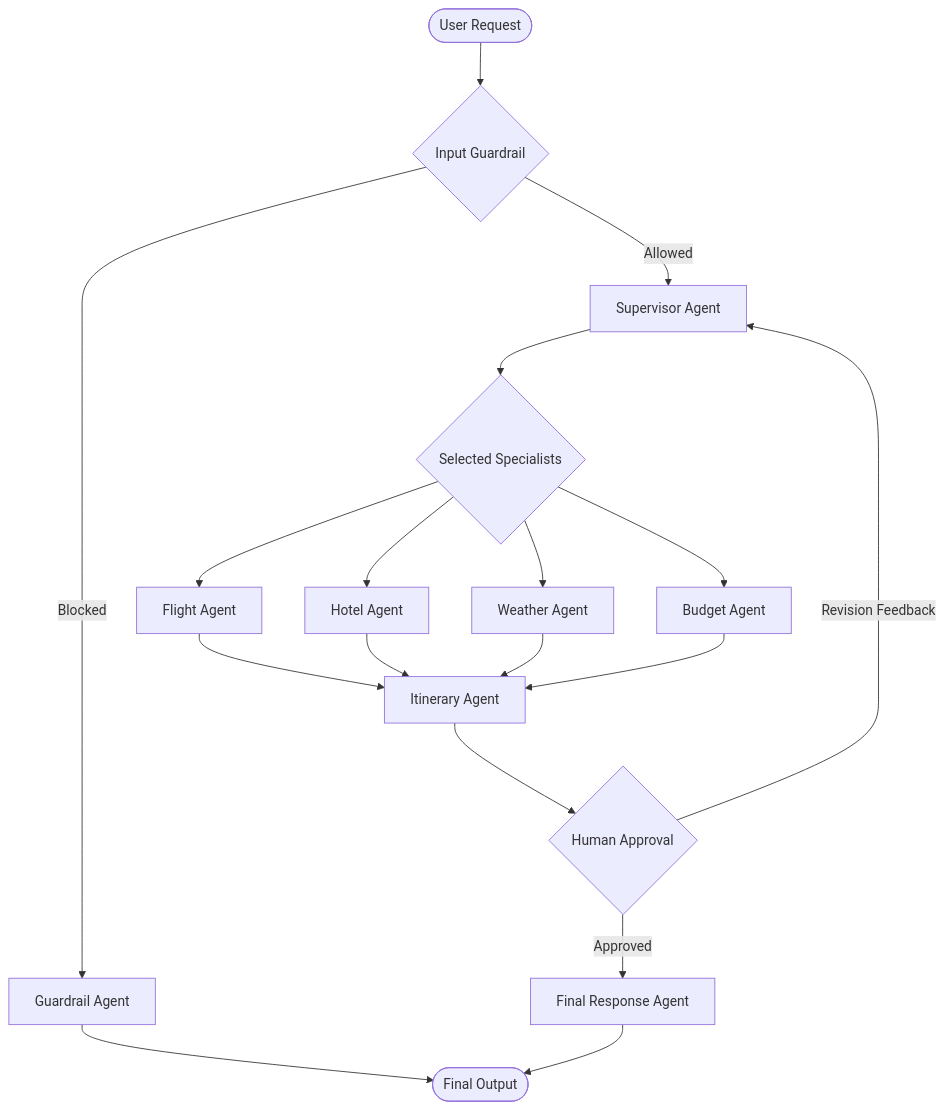
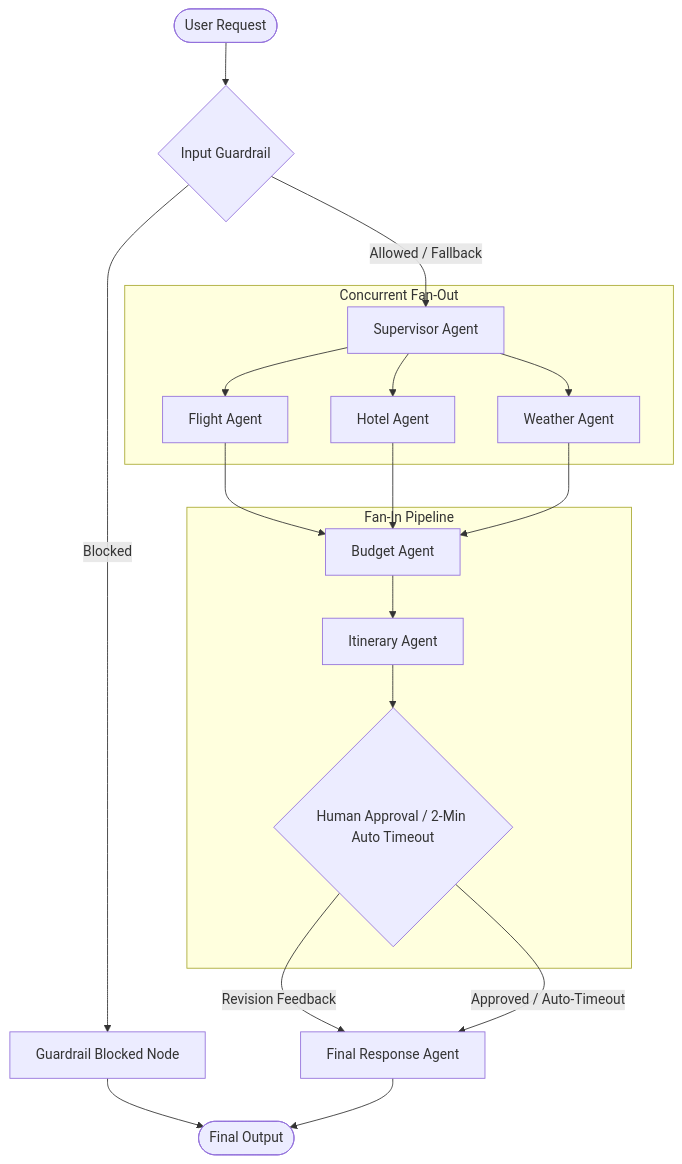
Before and after one commit to kartavyaverma/TripMate: the diagram in README.md, drawn with Mermaid. The commit also changed other lines of this file and 5 other files, not shown here.

````diff
--- a/README.md
+++ b/README.md
@@ -20,18 +21,21 @@
 ```mermaid
 graph TD
     User([User Request]) --> Guardrail{Input Guardrail}
-    Guardrail -- Blocked --> BlockedAgent[Guardrail Agent] --> FinalResponse([Final Output])
-    Guardrail -- Allowed --> Supervisor[Supervisor Agent]
+    Guardrail -- Blocked --> BlockedAgent[Guardrail Blocked Node] --> FinalResponse([Final Output])
+    Guardrail -- Allowed / Fallback --> Supervisor[Supervisor Agent]
     
-    Supervisor --> RouteMap{Selected Specialists}
-    RouteMap --> Flight[Flight Agent]
-    RouteMap --> Hotel[Hotel Agent]
-    RouteMap --> Weather[Weather Agent]
-    RouteMap --> Budget[Budget Agent]
+    subgraph Parallel Execution [Concurrent Fan-Out]
+        Supervisor --> Flight[Flight Agent]
+        Supervisor --> Hotel[Hotel Agent]
+        Supervisor --> Weather[Weather Agent]
+    end
     
-    Flight & Hotel & Weather & Budget --> Itinerary[Itinerary Agent]
-    Itinerary --> HITL{Human Approval}
+    subgraph Sequential Execution [Fan-In Pipeline]
+        Flight & Hotel & Weather --> Budget[Budget Agent]
+        Budget --> Itinerary[Itinerary Agent]
+        Itinerary --> HITL{Human Approval / 2-Min Auto Timeout}
+    end
     
-    HITL -- Revision Feedback --> Supervisor
-    HITL -- Approved --> FinalAgent[Final Response Agent] --> FinalResponse
+    HITL -- Revision Feedback --> FinalAgent[Final Response Agent]
+    HITL -- Approved / Auto-Timeout --> FinalAgent --> FinalResponse
 ```
````
